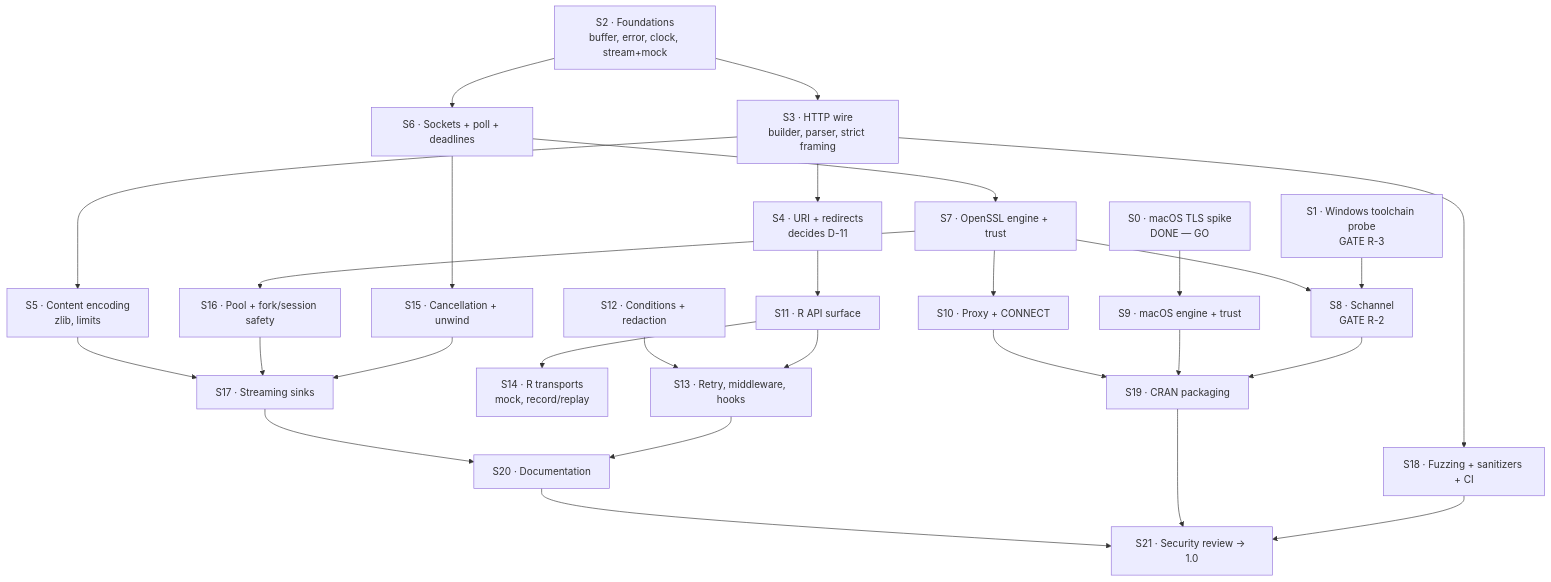
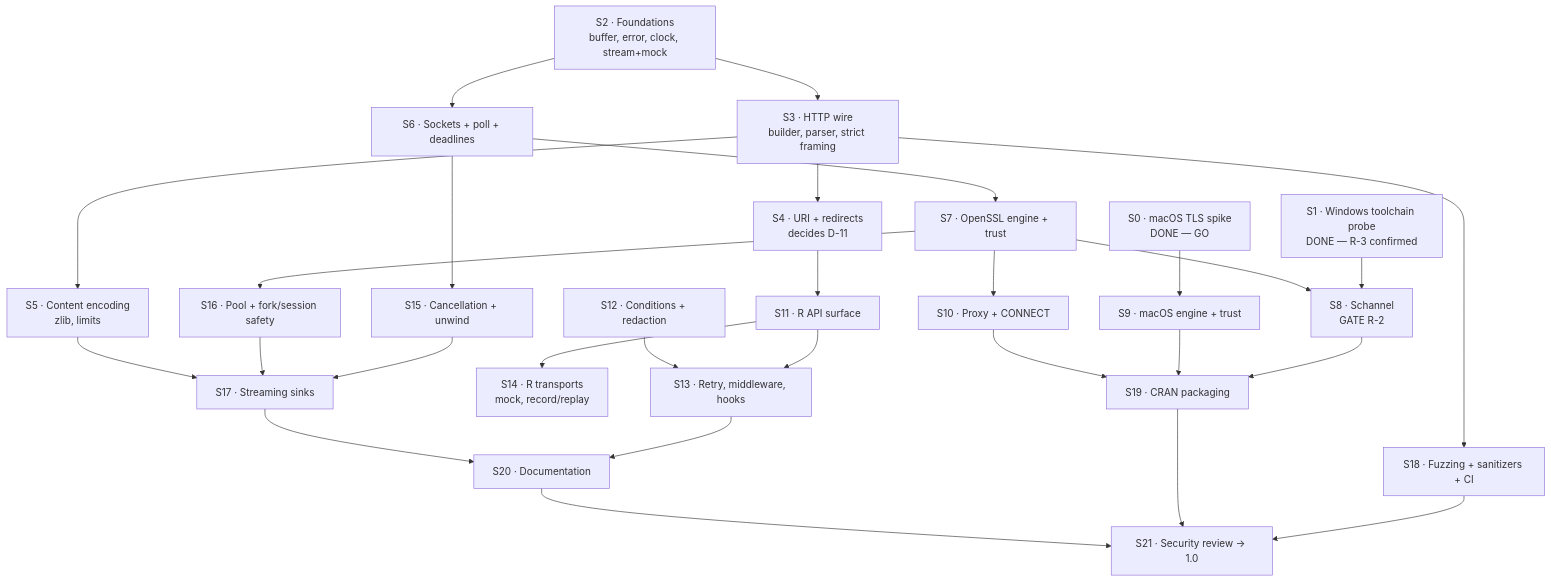
The diagram in roadmap.md (pedrobtz/zuhttp), drawn with Mermaid before and after one commit. The commit also changed other lines of this file and 2 other files, not shown here.

````diff
--- a/roadmap.md
+++ b/roadmap.md
@@ -28,58 +28,58 @@
 ```mermaid
 graph TD
     S0["S0 · macOS TLS spike<br/>DONE — GO"]
-    S1["S1 · Windows toolchain probe<br/>GATE R-3"]
+    S1["S1 · Windows toolchain probe<br/>DONE — R-3 confirmed"]
 
     S2["S2 · Foundations<br/>buffer, error, clock, stream+mock"]
     S3["S3 · HTTP wire<br/>builder, parser, strict framing"]
     S4["S4 · URI + redirects<br/>decides D-11"]
     S5["S5 · Content encoding<br/>zlib, limits"]
 
     S6["S6 · Sockets + poll + deadlines"]
     S7["S7 · OpenSSL engine + trust"]
     S8["S8 · Schannel<br/>GATE R-2"]
     S9["S9 · macOS engine + trust"]
     S10["S10 · Proxy + CONNECT"]
 
     S11["S11 · R API surface"]
     S12["S12 · Conditions + redaction"]
     S13["S13 · Retry, middleware, hooks"]
     S14["S14 · R transports<br/>mock, record/replay"]
 
     S15["S15 · Cancellation + unwind"]
     S16["S16 · Pool + fork/session safety"]
     S17["S17 · Streaming sinks"]
 
     S18["S18 · Fuzzing + sanitizers + CI"]
     S19["S19 · CRAN packaging"]
     S20["S20 · Documentation"]
     S21["S21 · Security review → 1.0"]
 
     S0 --> S9
     S1 --> S8
     S2 --> S3
     S2 --> S6
     S3 --> S4
     S3 --> S5
     S3 --> S18
     S6 --> S7
     S6 --> S15
     S7 --> S8
     S7 --> S10
     S7 --> S16
     S8 --> S19
     S9 --> S19
     S4 --> S11
     S11 --> S13
     S12 --> S13
     S11 --> S14
     S15 --> S17
     S16 --> S17
     S13 --> S20
     S17 --> S20
     S18 --> S21
     S19 --> S21
     S20 --> S21
     S10 --> S19
     S5 --> S17
 ```
````
